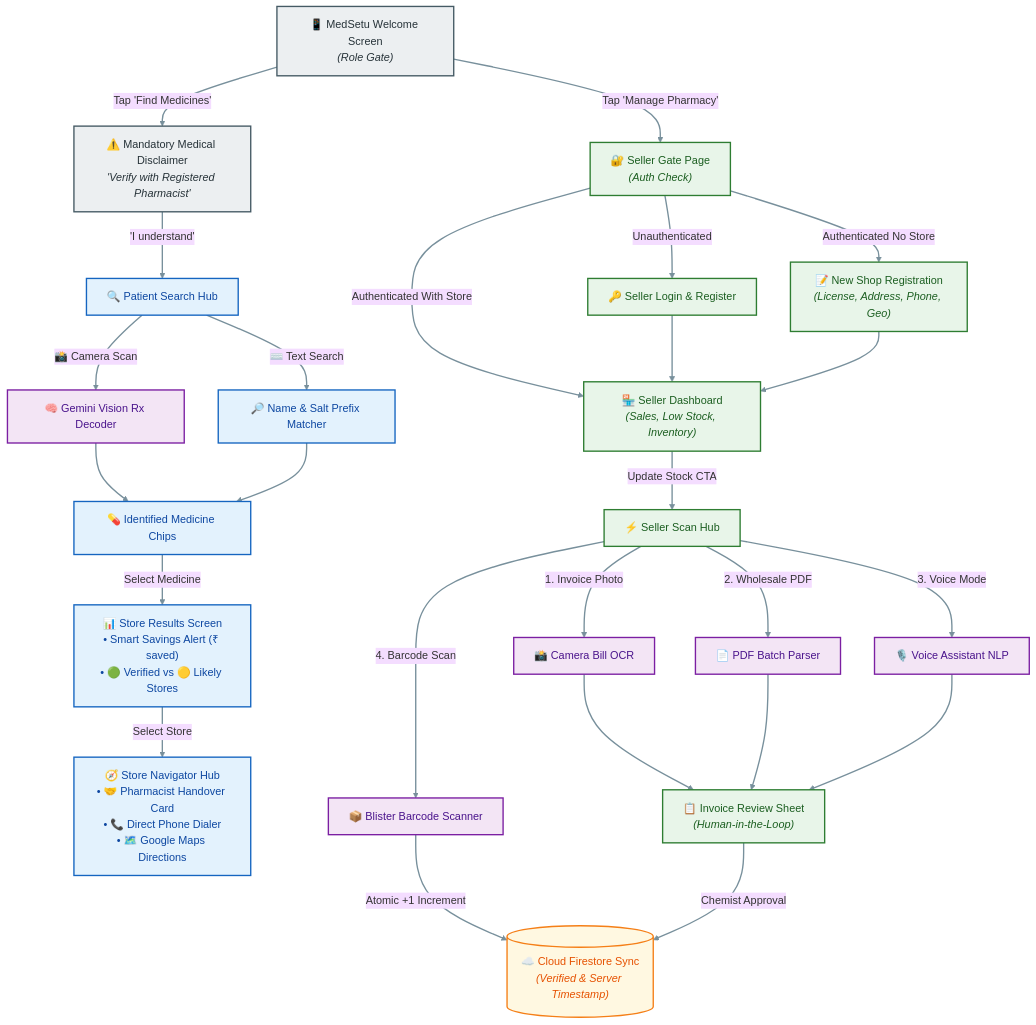
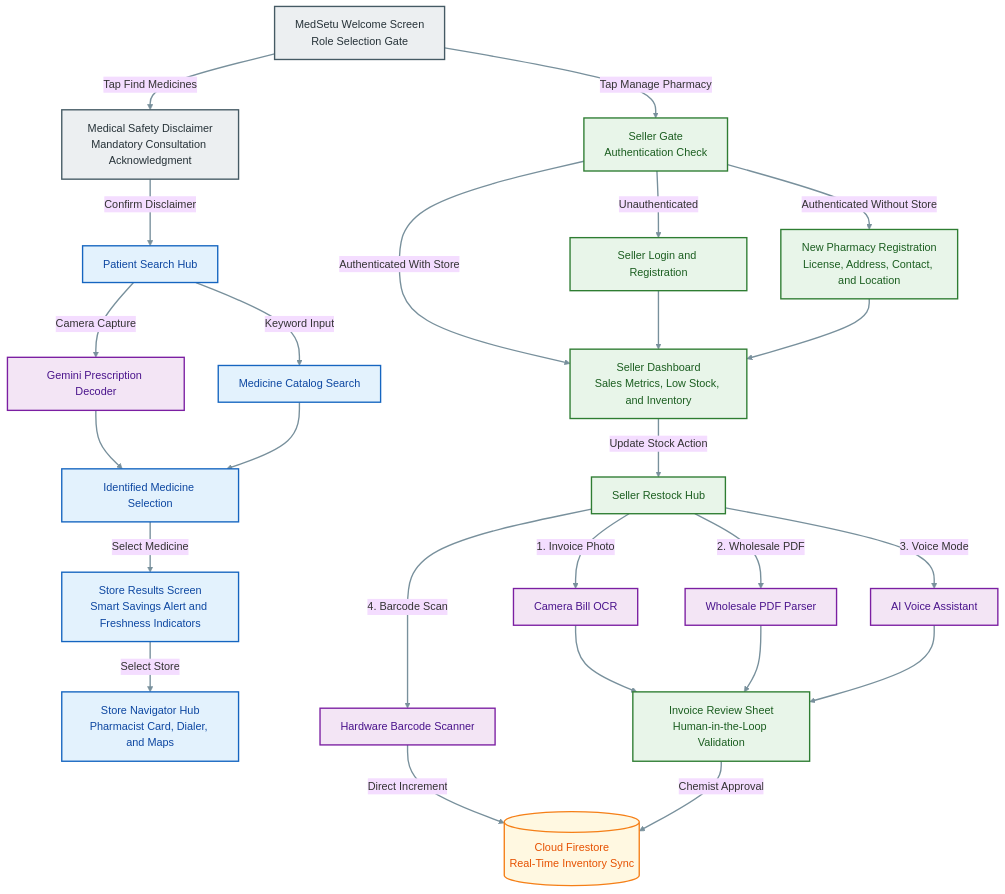
Before and after one commit to Parth-Chavan-15/MedSetu-TechSprint: the third of 3 diagrams in README.md, drawn with Mermaid (base theme). The commit also changed other lines of this file, not shown here.

Commit message:
docs: perfect README text, fix GitHub Mermaid rendering, generalize data model, and streamline quick start

````diff
--- a/README.md
+++ b/README.md
@@ -428,47 +399,47 @@
 ```mermaid
 flowchart TD
-    WELCOME["📱 MedSetu Welcome Screen<br/><i>(Role Gate)</i>"] -->|Tap 'Find Medicines'| MODAL["⚠️ Mandatory Medical Disclaimer<br/><i>'Verify with Registered Pharmacist'</i>"]
-    WELCOME -->|Tap 'Manage Pharmacy'| GATE["🔐 Seller Gate Page<br/><i>(Auth Check)</i>"]
+    WELCOME["MedSetu Welcome Screen<br/>Role Selection Gate"] -->|Tap Find Medicines| MODAL["Medical Safety Disclaimer<br/>Mandatory Consultation Acknowledgment"]
+    WELCOME -->|Tap Manage Pharmacy| GATE["Seller Gate<br/>Authentication Check"]
 
-    MODAL -->|'I understand'| PS_HUB["🔍 Patient Search Hub"]
-    PS_HUB -->|📸 Camera Scan| RX_DEC["🧠 Gemini Vision Rx Decoder"]
-    PS_HUB -->|⌨️ Text Search| TXT_MATCH["🔎 Name & Salt Prefix Matcher"]
-    RX_DEC --> CHIPS["💊 Identified Medicine Chips"]
+    MODAL -->|Confirm Disclaimer| PS_HUB["Patient Search Hub"]
+    PS_HUB -->|Camera Capture| RX_DEC["Gemini Prescription Decoder"]
+    PS_HUB -->|Keyword Input| TXT_MATCH["Medicine Catalog Search"]
+    RX_DEC --> CHIPS["Identified Medicine Selection"]
     TXT_MATCH --> CHIPS
 
-    CHIPS -->|Select Medicine| RESULTS["📊 Store Results Screen<br/>• Smart Savings Alert (₹ saved)<br/>• 🟢 Verified vs 🟡 Likely Stores"]
-    RESULTS -->|Select Store| NAV["🧭 Store Navigator Hub<br/>• 🤝 Pharmacist Handover Card<br/>• 📞 Direct Phone Dialer<br/>• 🗺️ Google Maps Directions"]
+    CHIPS -->|Select Medicine| RESULTS["Store Results Screen<br/>Smart Savings Alert and Freshness Indicators"]
+    RESULTS -->|Select Store| NAV["Store Navigator Hub<br/>Pharmacist Card, Dialer, and Maps"]
 
-    GATE -->|Unauthenticated| LOGIN["🔑 Seller Login & Register"]
-    GATE -->|Authenticated No Store| REG["📝 New Shop Registration<br/><i>(License, Address, Phone, Geo)</i>"]
-    GATE -->|Authenticated With Store| DASH["🏪 Seller Dashboard<br/><i>(Sales, Low Stock, Inventory)</i>"]
+    GATE -->|Unauthenticated| LOGIN["Seller Login and Registration"]
+    GATE -->|Authenticated Without Store| REG["New Pharmacy Registration<br/>License, Address, Contact, and Location"]
+    GATE -->|Authenticated With Store| DASH["Seller Dashboard<br/>Sales Metrics, Low Stock, and Inventory"]
 
     LOGIN --> DASH
     REG --> DASH
-    DASH -->|Update Stock CTA| SCAN["⚡ Seller Scan Hub"]
+    DASH -->|Update Stock Action| SCAN["Seller Restock Hub"]
 
-    SCAN -->|1. Invoice Photo| MOD_INV["📸 Camera Bill OCR"]
-    SCAN -->|2. Wholesale PDF| MOD_PDF["📄 PDF Batch Parser"]
-    SCAN -->|3. Voice Mode| MOD_VOICE["🎙️ Voice Assistant NLP"]
-    SCAN -->|4. Barcode Scan| MOD_BC["📦 Blister Barcode Scanner"]
+    SCAN -->|1. Invoice Photo| MOD_INV["Camera Bill OCR"]
+    SCAN -->|2. Wholesale PDF| MOD_PDF["Wholesale PDF Parser"]
+    SCAN -->|3. Voice Mode| MOD_VOICE["AI Voice Assistant"]
+    SCAN -->|4. Barcode Scan| MOD_BC["Hardware Barcode Scanner"]
 
-    MOD_INV --> IRS["📋 Invoice Review Sheet<br/><i>(Human-in-the-Loop)</i>"]
+    MOD_INV --> IRS["Invoice Review Sheet<br/>Human-in-the-Loop Validation"]
     MOD_PDF --> IRS
     MOD_VOICE --> IRS
-    MOD_BC -->|Atomic +1 Increment| SYNC[("☁️ Cloud Firestore Sync<br/><i>(Verified & Server Timestamp)</i>")]
+    MOD_BC -->|Direct Increment| SYNC[("Cloud Firestore<br/>Real-Time Inventory Sync")]
     IRS -->|Chemist Approval| SYNC
 
     classDef welcome fill:#ECEFF1,stroke:#455A64,color:#263238,stroke-width:2px;
     classDef patient fill:#E3F2FD,stroke:#1565C0,color:#0D47A1,stroke-width:2px;
     classDef chemist fill:#E8F5E9,stroke:#2E7D32,color:#1B5E20,stroke-width:2px;
     classDef ai fill:#F3E5F5,stroke:#7B1FA2,color:#4A148C,stroke-width:2px;
     classDef sync fill:#FFF8E1,stroke:#F57F17,color:#E65100,stroke-width:2px;
 
     class WELCOME,MODAL welcome;
     class PS_HUB,CHIPS,RESULTS,NAV,TXT_MATCH patient;
     class GATE,LOGIN,REG,DASH,SCAN,IRS chemist;
     class RX_DEC,MOD_INV,MOD_PDF,MOD_VOICE,MOD_BC ai;
     class SYNC sync;
 
     linkStyle default stroke:#78909C,stroke-width:2px;
 ```
````
